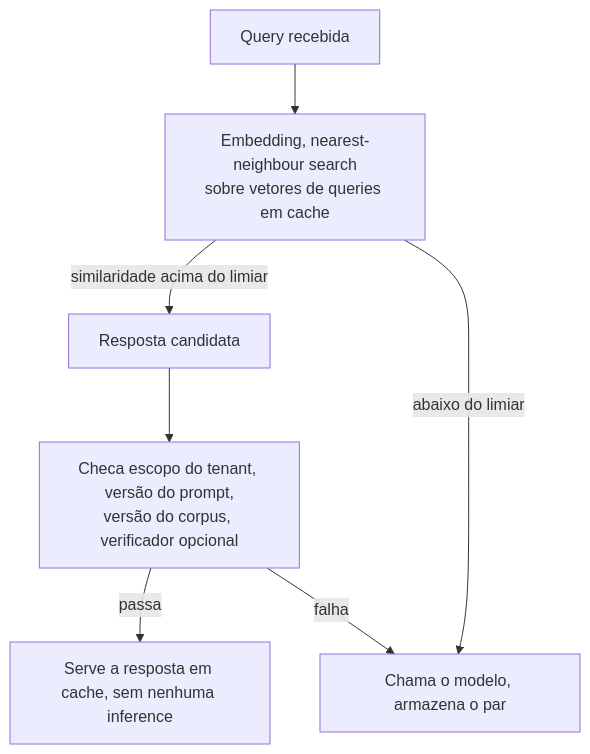
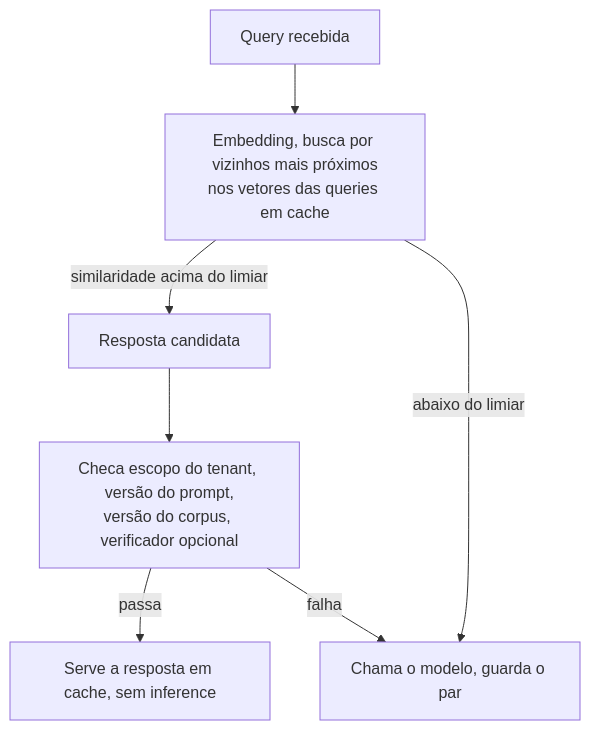
Before and after one commit to andrevberaldo/AI-Engineer-Interview-Questions: diagram 13 of 28 in 08-inference-and-production/questions.pt-BR.md, drawn with Mermaid. The commit also changed other lines of this file and 1 other file, not shown here.

````diff
--- a/08-inference-and-production/questions.pt-BR.md
+++ b/08-inference-and-production/questions.pt-BR.md
@@ -679,9 +679,9 @@
 ```mermaid
 flowchart TD
-    Q["Query recebida"] --> E["Embedding, nearest-neighbour search<br/>sobre vetores de queries em cache"]
+    Q["Query recebida"] --> E["Embedding, busca por vizinhos mais próximos<br/>nos vetores das queries em cache"]
     E -->|"similaridade acima do limiar"| H["Resposta candidata"]
-    E -->|"abaixo do limiar"| M["Chama o modelo, armazena o par"]
+    E -->|"abaixo do limiar"| M["Chama o modelo, guarda o par"]
     H --> V["Checa escopo do tenant, versão do prompt,<br/>versão do corpus, verificador opcional"]
-    V -->|"passa"| S["Serve a resposta em cache, sem nenhuma inference"]
+    V -->|"passa"| S["Serve a resposta em cache, sem inference"]
     V -->|"falha"| M
 ```
````
